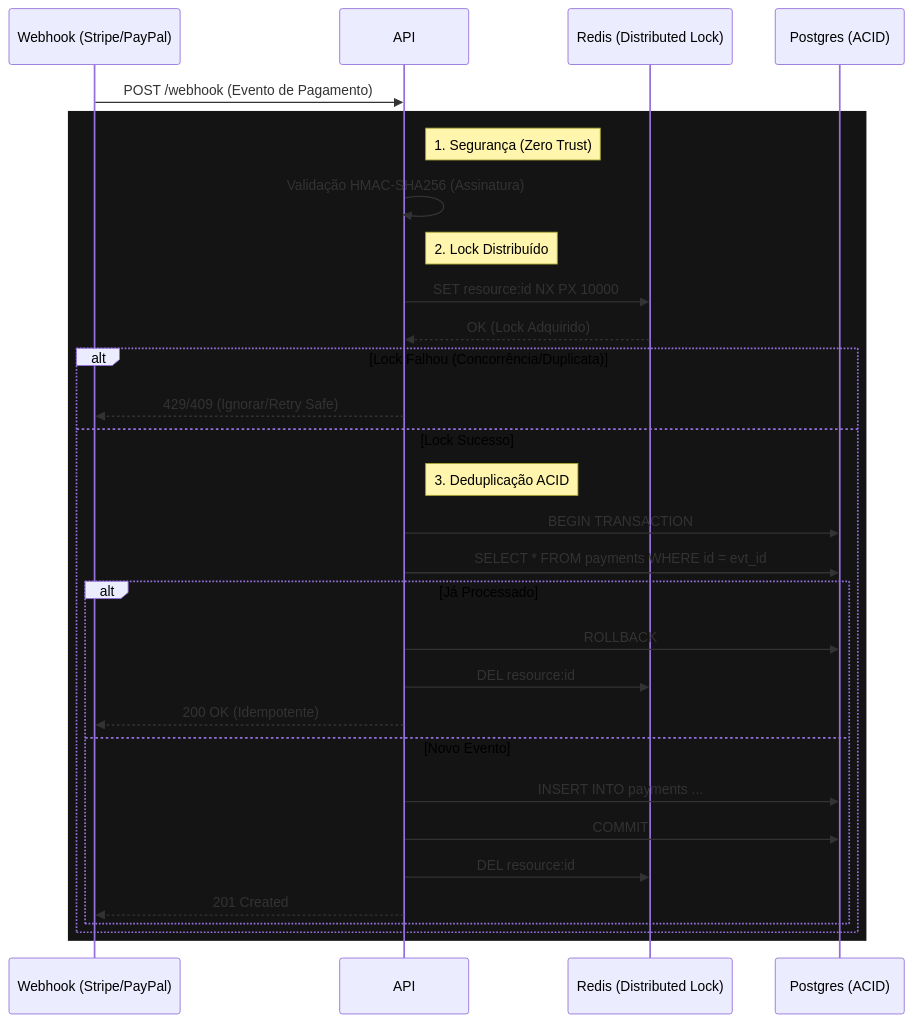
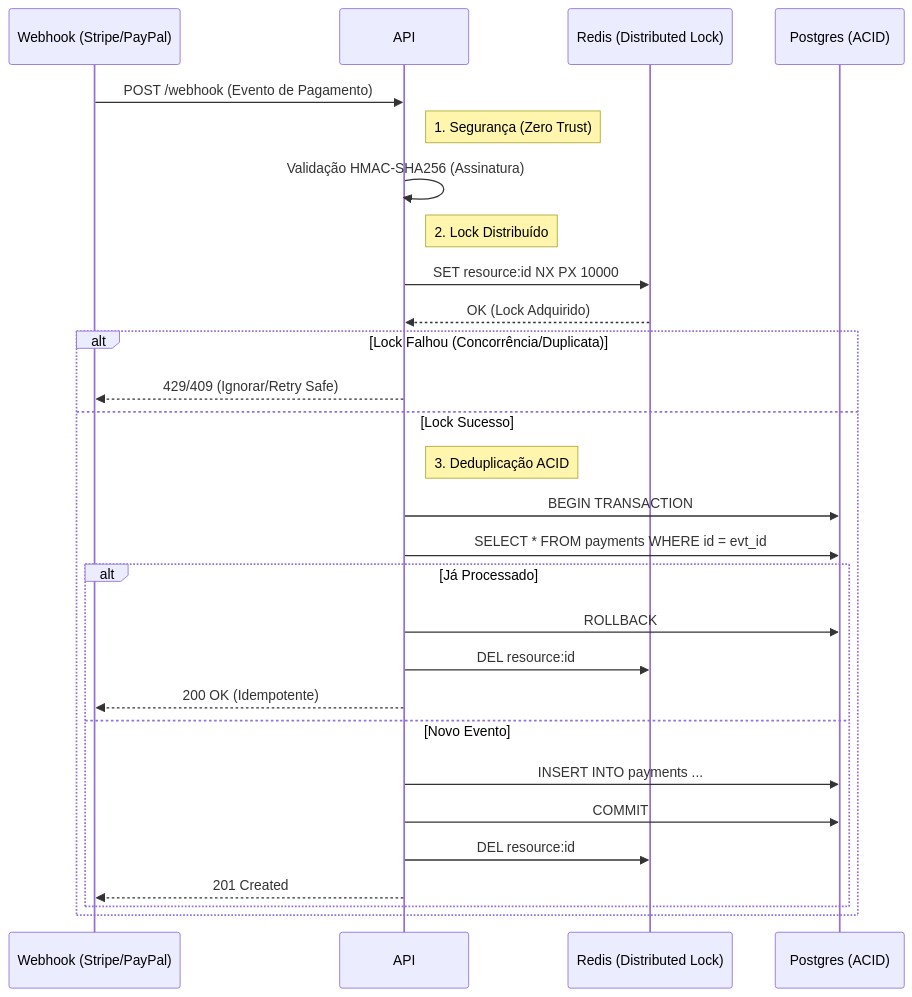
One commit to GersonResplandes/resilient-payment-processor changed the diagram in README.pt-br.md. Above: the diagram before and after it, drawn with Mermaid. The commit also changed 1 other file, not shown here.

Commit message:
docs: remove custom mermaid background color

````diff
--- a/README.pt-br.md
+++ b/README.pt-br.md
@@ -12,37 +12,37 @@
 ```mermaid
 sequenceDiagram
     participant Provedor as Webhook (Stripe/PayPal)
     participant API
     participant Redis as Redis (Distributed Lock)
     participant DB as Postgres (ACID)
 
     Provedor->>API: POST /webhook (Evento de Pagamento)
     
-    rect rgb(20, 20, 20)
+
         note right of API: 1. Segurança (Zero Trust)
         API->>API: Validação HMAC-SHA256 (Assinatura)
         
         note right of API: 2. Lock Distribuído
         API->>Redis: SET resource:id NX PX 10000
         Redis-->>API: OK (Lock Adquirido)
         
         alt Lock Falhou (Concorrência/Duplicata)
             API-->>Provedor: 429/409 (Ignorar/Retry Safe)
         else Lock Sucesso
             note right of API: 3. Deduplicação ACID
             API->>DB: BEGIN TRANSACTION
             API->>DB: SELECT * FROM payments WHERE id = evt_id
             
             alt Já Processado
                 API->>DB: ROLLBACK
                 API->>Redis: DEL resource:id
                 API-->>Provedor: 200 OK (Idempotente)
             else Novo Evento
                 API->>DB: INSERT INTO payments ...
                 API->>DB: COMMIT
                 API->>Redis: DEL resource:id
                 API-->>Provedor: 201 Created
             end
         end
-    end
+
 ```
````
